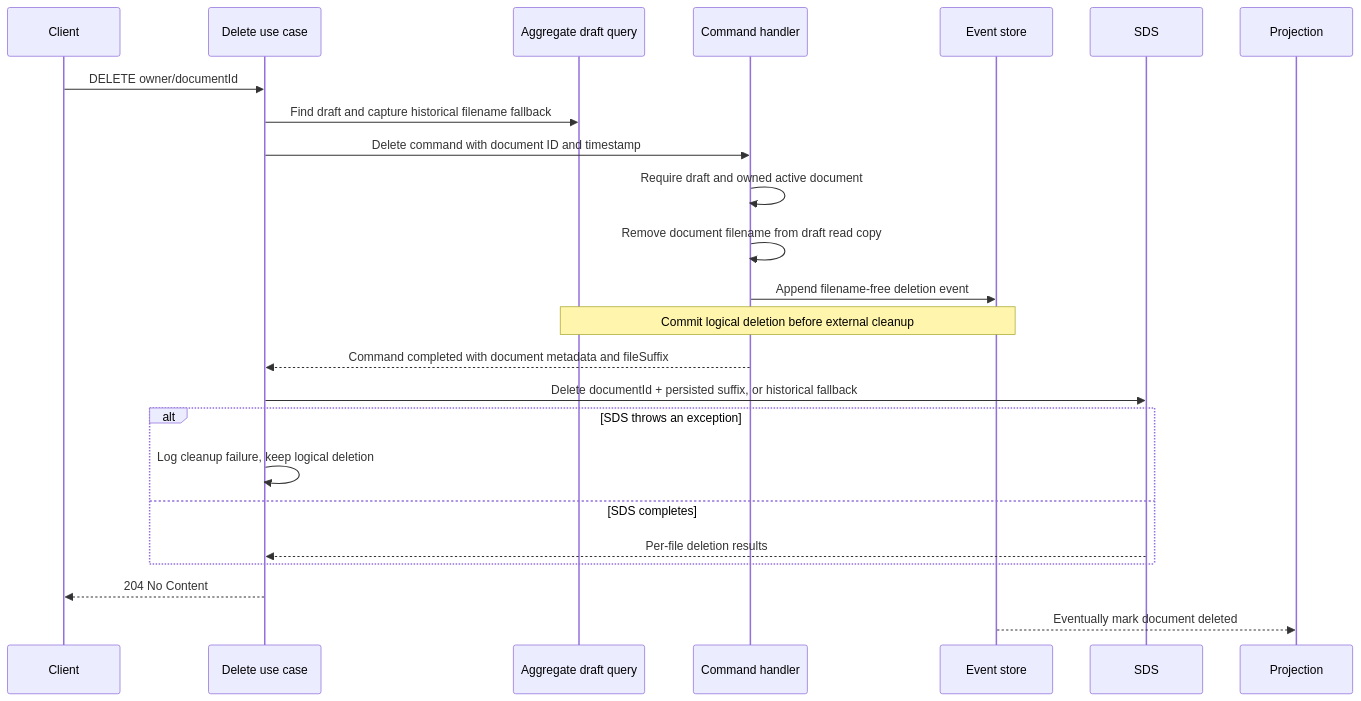
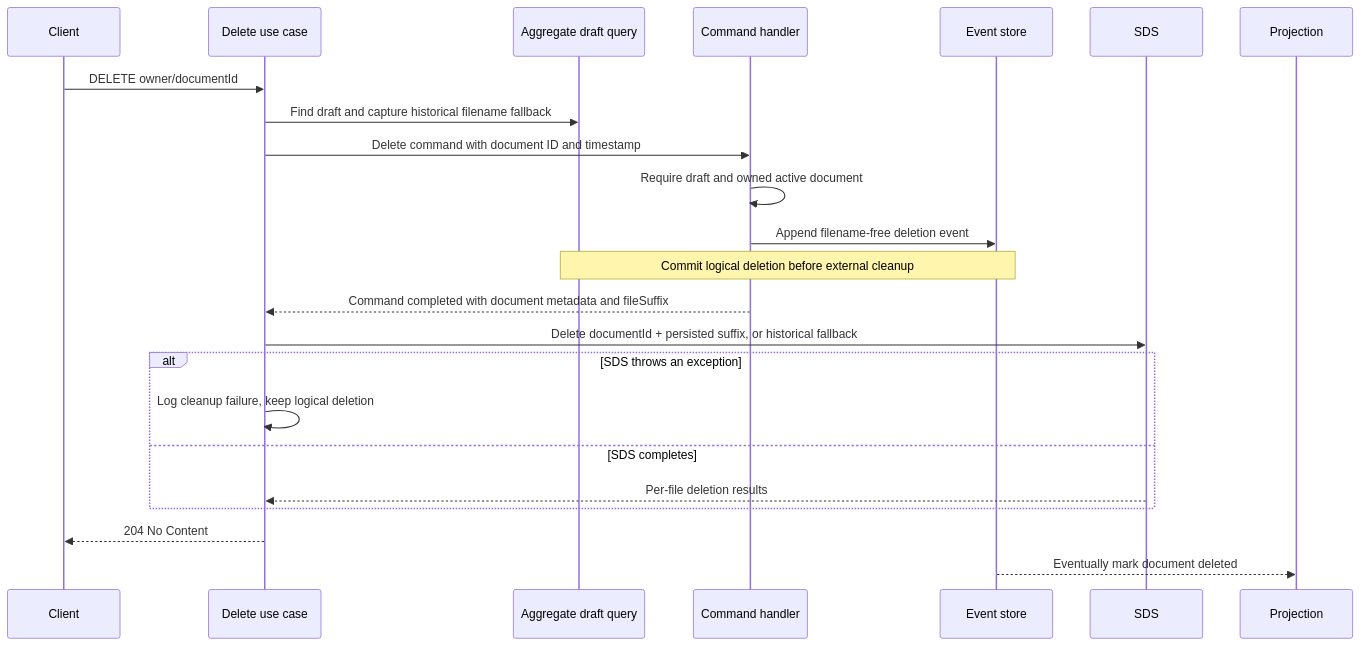
The fourth of 4 diagrams in data-access-service-axon/docs/document-lifecycle.md (ministryofjustice/laa-data-access-api), drawn with Mermaid before and after one commit. The commit also changed other lines of this file and 56 other files, not shown here.

````diff
--- a/data-access-service-axon/docs/document-lifecycle.md
+++ b/data-access-service-axon/docs/document-lifecycle.md
@@ -183,26 +182,25 @@
 ```mermaid
 sequenceDiagram
     participant Client
     participant UseCase as Delete use case
     participant Draft as Aggregate draft query
     participant Command as Command handler
     participant Events as Event store
     participant SDS
     participant Projection
     Client->>UseCase: DELETE owner/documentId
     UseCase->>Draft: Find draft and capture historical filename fallback
     UseCase->>Command: Delete command with document ID and timestamp
     Command->>Command: Require draft and owned active document
-    Command->>Command: Remove document filename from draft read copy
     Command->>Events: Append filename-free deletion event
     Note over Draft,Events: Commit logical deletion before external cleanup
     Command-->>UseCase: Command completed with document metadata and fileSuffix
     UseCase->>SDS: Delete documentId + persisted suffix, or historical fallback
     alt SDS throws an exception
         UseCase->>UseCase: Log cleanup failure, keep logical deletion
     else SDS completes
         SDS-->>UseCase: Per-file deletion results
     end
     UseCase-->>Client: 204 No Content
     Events-->>Projection: Eventually mark document deleted
 ```
````
